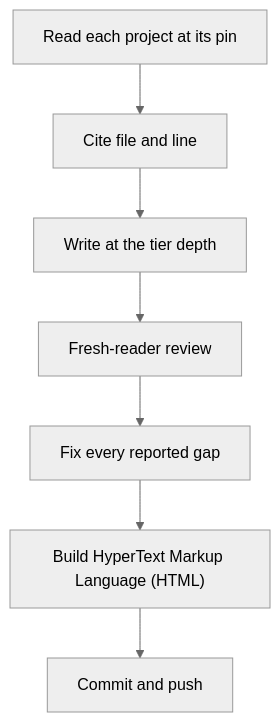
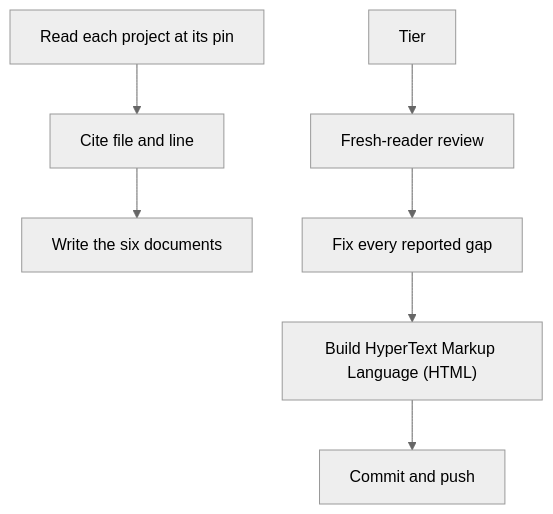
The second of 2 diagrams in src.aidesign/index.md (ewe-studios/explorations), drawn with Mermaid (neutral theme) before and after one commit. The commit also changed other lines of this file and 47 other files, not shown here.

````diff
--- a/src.aidesign/index.md
+++ b/src.aidesign/index.md
@@ -68,9 +70,9 @@
 ```mermaid
 flowchart TB
     Read["Read each project at its pin"] --> Cite["Cite file and line"]
-    Cite --> Tier["Write at the tier depth"]
+    Cite --> Write["Write the six documents"]
     Tier --> Fresh["Fresh-reader review"]
     Fresh --> Fix["Fix every reported gap"]
     Fix --> Build["Build HyperText Markup Language (HTML)"]
     Build --> Ship["Commit and push"]
 ```
````
